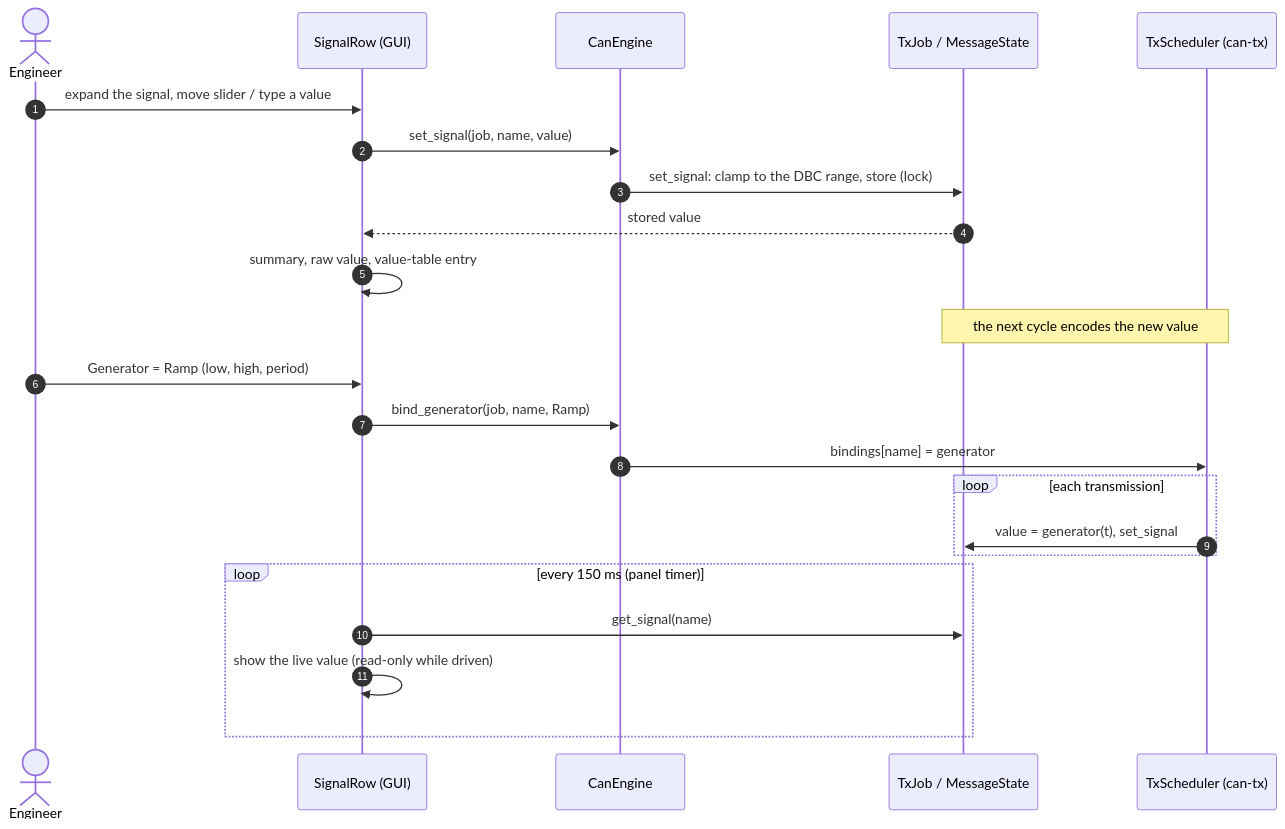
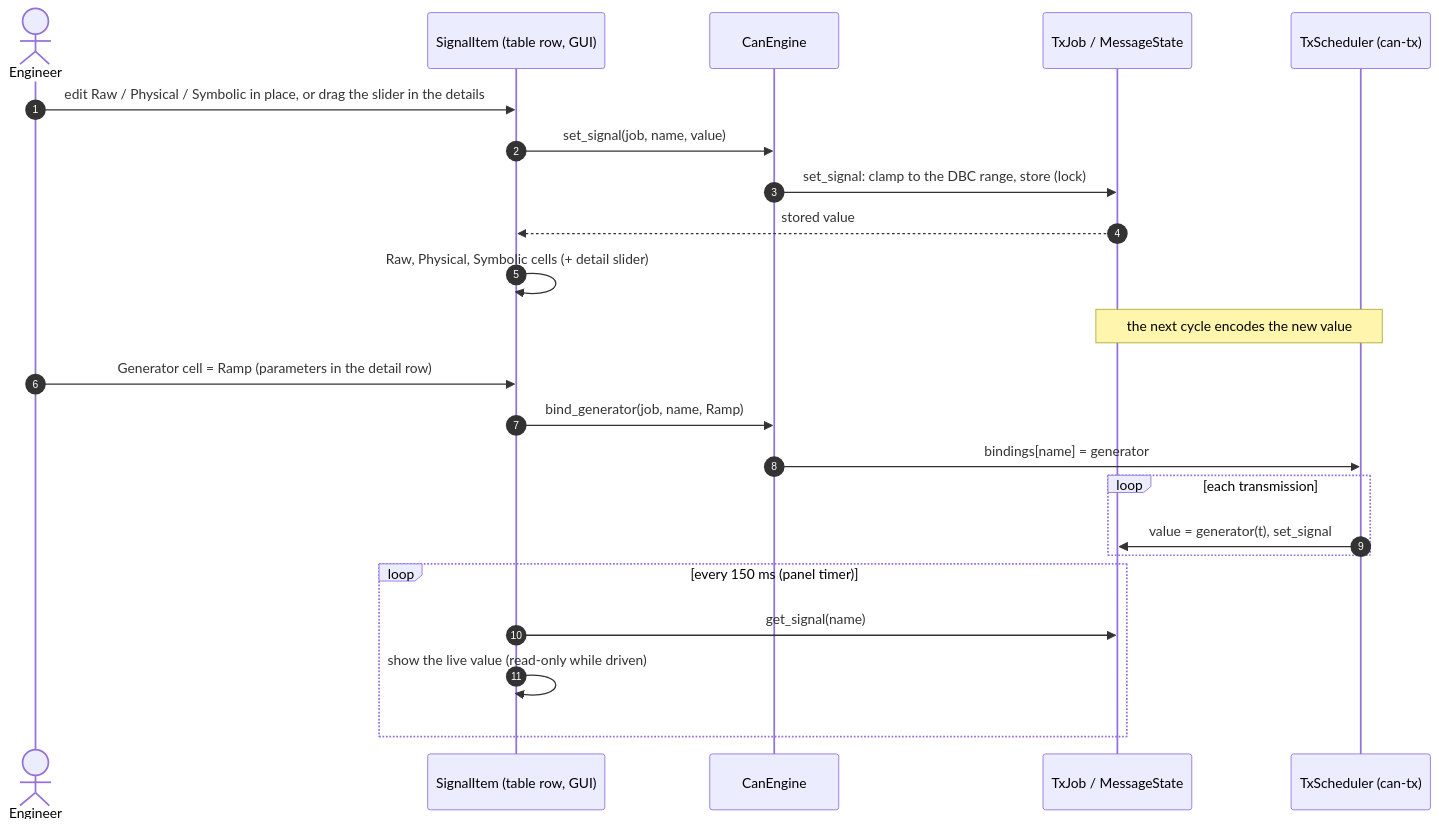
Before and after one commit to Thuongst97/CAN_SIMULATOR: the ninth of 11 diagrams in docs/ARCHITECTURE.md, drawn with Mermaid. The commit also changed other lines of this file and 10 other files, not shown here.

First line of the commit message:
Signals panel as a CANoe-style tree table; architecture documentation

````diff
--- a/docs/ARCHITECTURE.md
+++ b/docs/ARCHITECTURE.md
@@ -402,25 +402,25 @@
 ```mermaid
 sequenceDiagram
     autonumber
     actor U as Engineer
-    participant SR as SignalRow (GUI)
+    participant SR as SignalItem (table row, GUI)
     participant E as CanEngine
     participant J as TxJob / MessageState
     participant T as TxScheduler (can-tx)
-    U->>SR: expand the signal, move slider / type a value
+    U->>SR: edit Raw / Physical / Symbolic in place, or drag the slider in the details
     SR->>E: set_signal(job, name, value)
     E->>J: set_signal: clamp to the DBC range, store (lock)
     J-->>SR: stored value
-    SR->>SR: summary, raw value, value-table entry
+    SR->>SR: Raw, Physical, Symbolic cells (+ detail slider)
     Note over T,J: the next cycle encodes the new value
-    U->>SR: Generator = Ramp (low, high, period)
+    U->>SR: Generator cell = Ramp (parameters in the detail row)
     SR->>E: bind_generator(job, name, Ramp)
     E->>T: bindings[name] = generator
     loop each transmission
         T->>J: value = generator(t), set_signal
     end
     loop every 150 ms (panel timer)
         SR->>J: get_signal(name)
         SR->>SR: show the live value (read-only while driven)
     end
 ```
````
